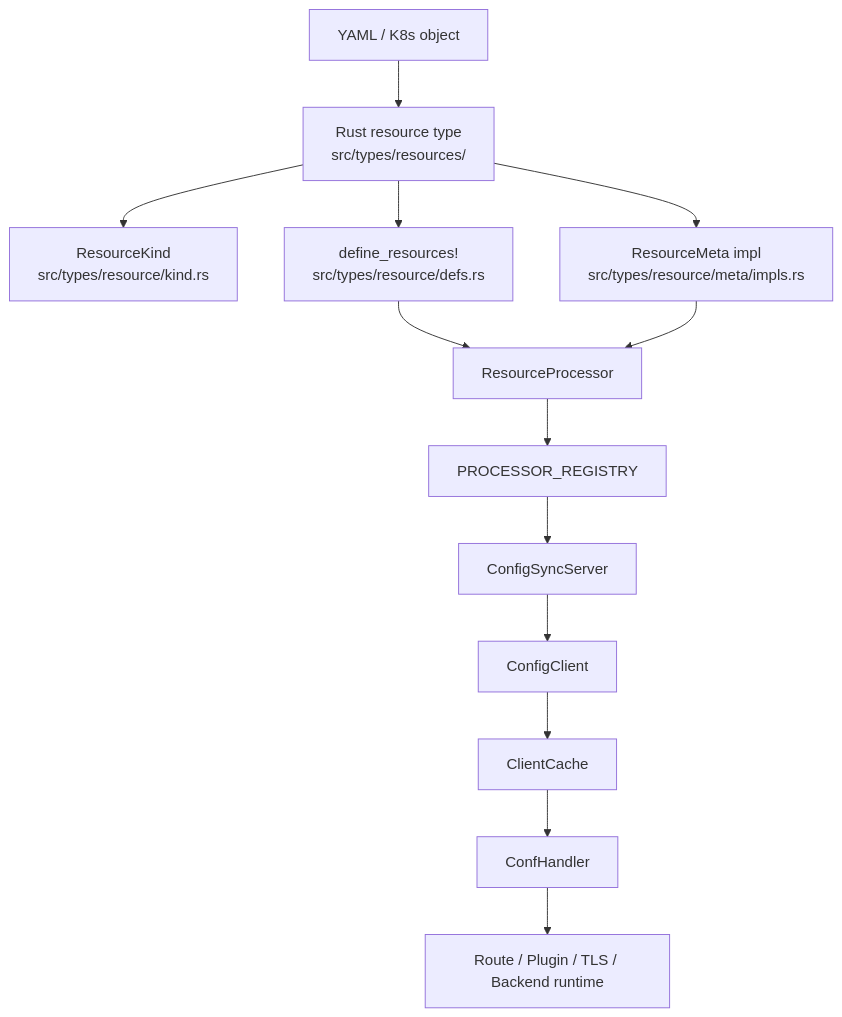
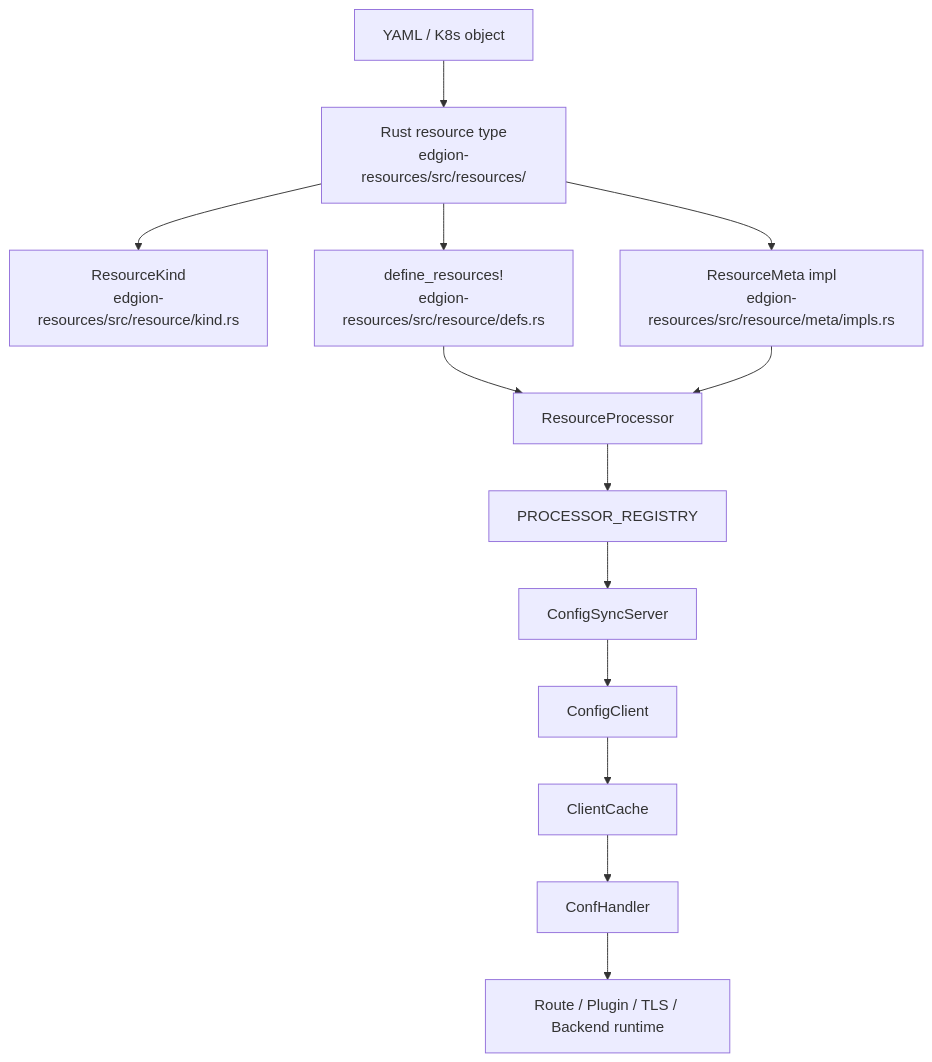
The diagram in docs/en/dev-guide/resource-architecture-overview.md (Pandaala/Edgion), drawn with Mermaid before and after one commit. The commit also changed other lines of this file and 4788 other files, not shown here.

````diff
--- a/docs/en/dev-guide/resource-architecture-overview.md
+++ b/docs/en/dev-guide/resource-architecture-overview.md
@@ -7,15 +7,15 @@
 ```mermaid
 graph TD
-    YAML["YAML / K8s object"] --> Type["Rust resource type<br/>src/types/resources/"]
-    Type --> Kind["ResourceKind<br/>src/types/resource/kind.rs"]
-    Type --> Defs["define_resources!<br/>src/types/resource/defs.rs"]
-    Type --> Meta["ResourceMeta impl<br/>src/types/resource/meta/impls.rs"]
+    YAML["YAML / K8s object"] --> Type["Rust resource type<br/>edgion-resources/src/resources/"]
+    Type --> Kind["ResourceKind<br/>edgion-resources/src/resource/kind.rs"]
+    Type --> Defs["define_resources!<br/>edgion-resources/src/resource/defs.rs"]
+    Type --> Meta["ResourceMeta impl<br/>edgion-resources/src/resource/meta/impls.rs"]
     Defs --> Processor["ResourceProcessor<T>"]
     Meta --> Processor
     Processor --> Registry["PROCESSOR_REGISTRY"]
     Registry --> Sync["ConfigSyncServer"]
     Sync --> Client["ConfigClient"]
     Client --> Cache["ClientCache<T>"]
     Cache --> Handler["ConfHandler"]
     Handler --> Runtime["Route / Plugin / TLS / Backend runtime"]
 ```
````
